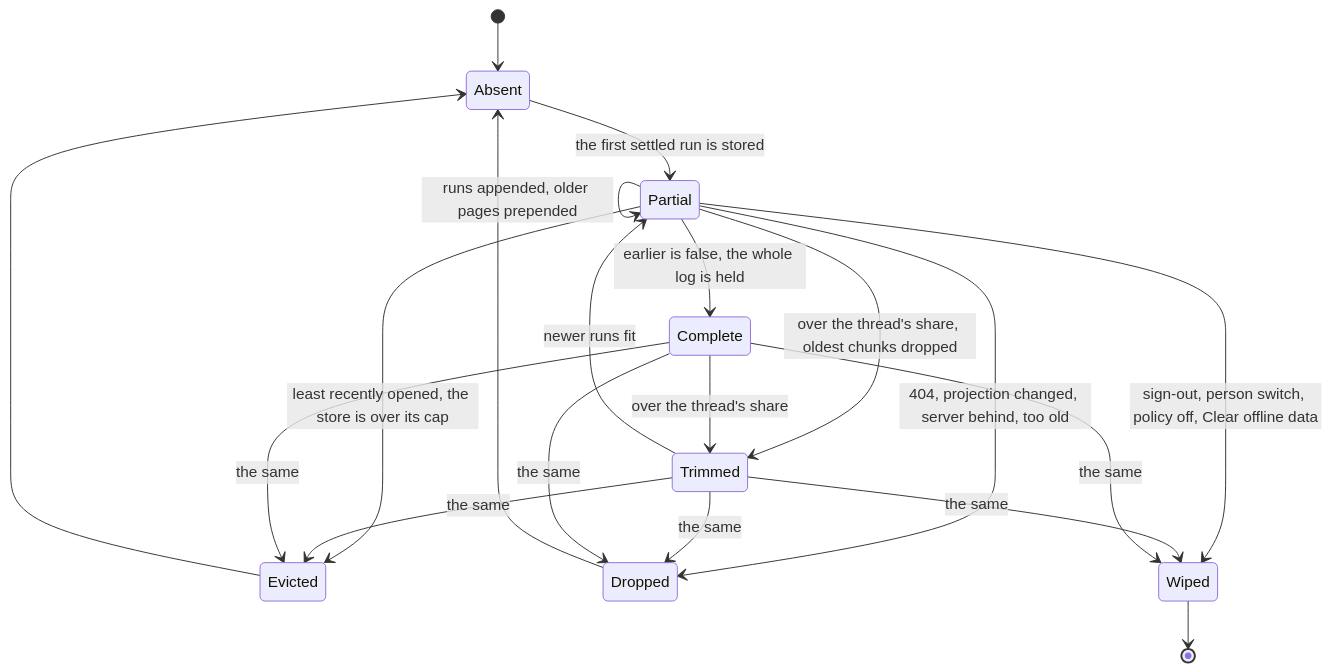
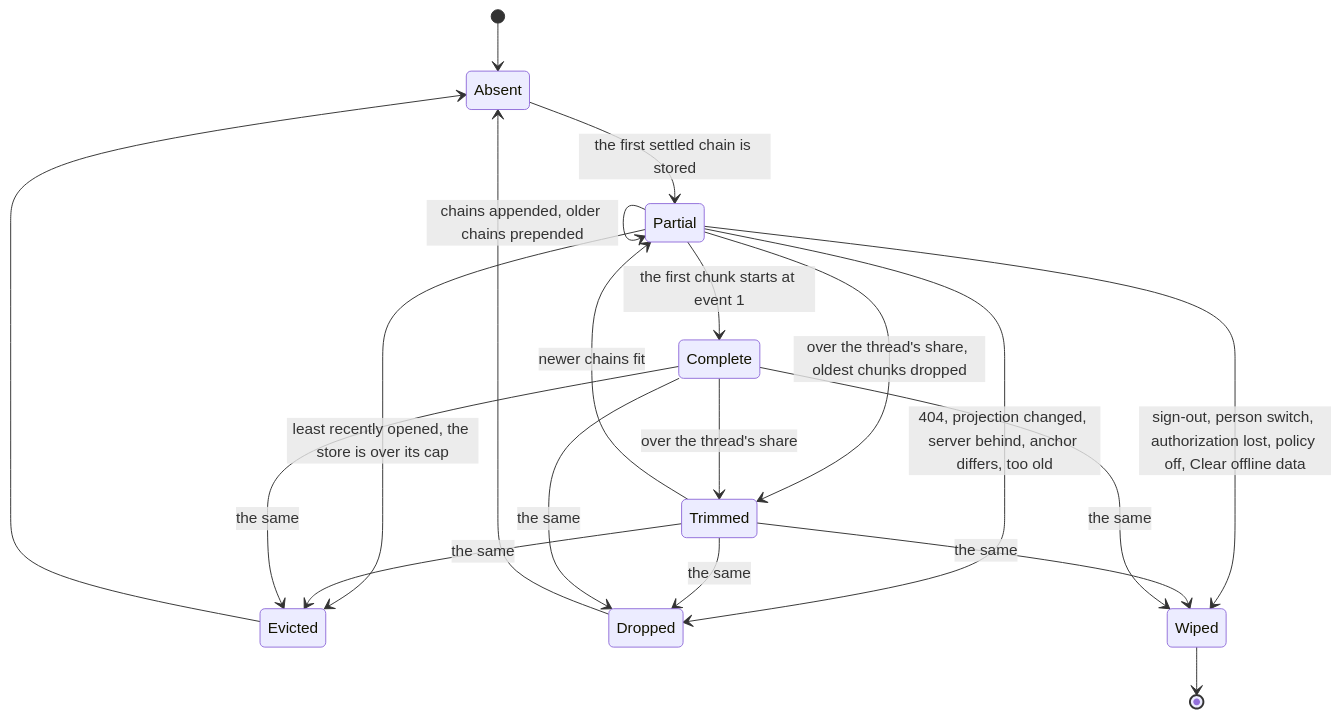
The second of 2 diagrams in docs/decisions/0060-the-client-keeps-a-bounded-copy-of-recent-threads-behind-a-chatstore-port.md (vymalo/another-agentic-system), drawn with Mermaid before and after one commit. The commit also changed other lines of this file and 7 other files, not shown here.

````diff
--- a/docs/decisions/0060-the-client-keeps-a-bounded-copy-of-recent-threads-behind-a-chatstore-port.md
+++ b/docs/decisions/0060-the-client-keeps-a-bounded-copy-of-recent-threads-behind-a-chatstore-port.md
@@ -57,22 +63,22 @@
 ```mermaid
 stateDiagram-v2
   [*] --> Absent
-  Absent --> Partial: the first settled run is stored
-  Partial --> Partial: runs appended, older pages prepended
+  Absent --> Partial: the first settled chain is stored
+  Partial --> Partial: chains appended, older chains prepended
   Partial --> Trimmed: over the thread's share, oldest chunks dropped
-  Trimmed --> Partial: newer runs fit
-  Partial --> Complete: earlier is false, the whole log is held
+  Trimmed --> Partial: newer chains fit
+  Partial --> Complete: the first chunk starts at event 1
   Complete --> Trimmed: over the thread's share
   Partial --> Evicted: least recently opened, the store is over its cap
   Trimmed --> Evicted: the same
   Complete --> Evicted: the same
-  Partial --> Dropped: 404, projection changed, server behind, too old
+  Partial --> Dropped: 404, projection changed, server behind, anchor differs, too old
   Trimmed --> Dropped: the same
   Complete --> Dropped: the same
   Evicted --> Absent
   Dropped --> Absent
-  Partial --> Wiped: sign-out, person switch, policy off, Clear offline data
+  Partial --> Wiped: sign-out, person switch, authorization lost, policy off, Clear offline data
   Trimmed --> Wiped: the same
   Complete --> Wiped: the same
   Wiped --> [*]
 ```
````
